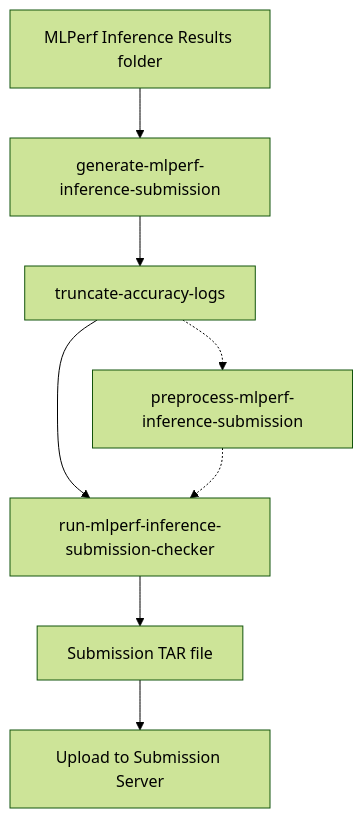
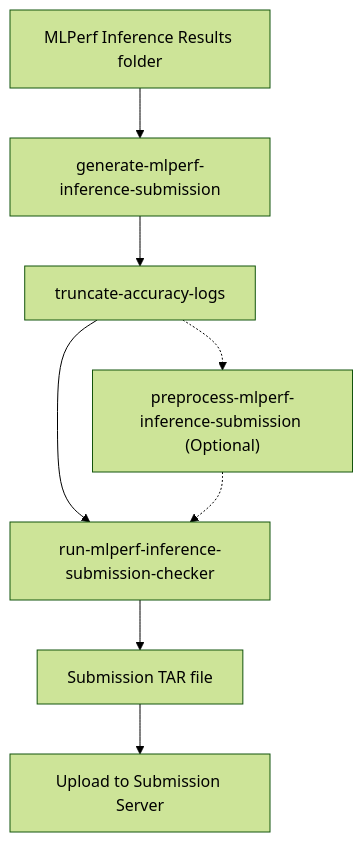
Before and after one commit to GATEOverflow/inference: the diagram in docs/submission/index.md, drawn with Mermaid (forest theme).

````diff
--- a/docs/submission/index.md
+++ b/docs/submission/index.md
@@ -13,10 +13,10 @@
 ```mermaid
 flowchart TD
     A[MLPerf Inference Results folder] --> B[generate-mlperf-inference-submission]
     B --> C[truncate-accuracy-logs]
     C --> D[run-mlperf-inference-submission-checker]
-    C -.-> E[preprocess-mlperf-inference-submission]
+    C -.-> E["preprocess-mlperf-inference-submission (Optional)"]
     E -.-> D
     D --> F[Submission TAR file]
     F --> G[Upload to Submission Server]
 ```
````
